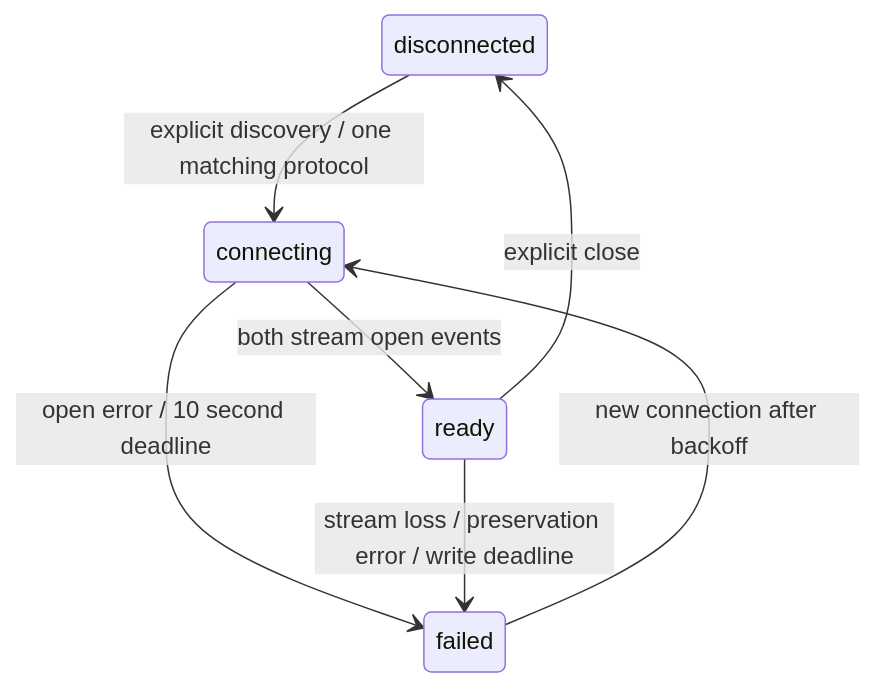
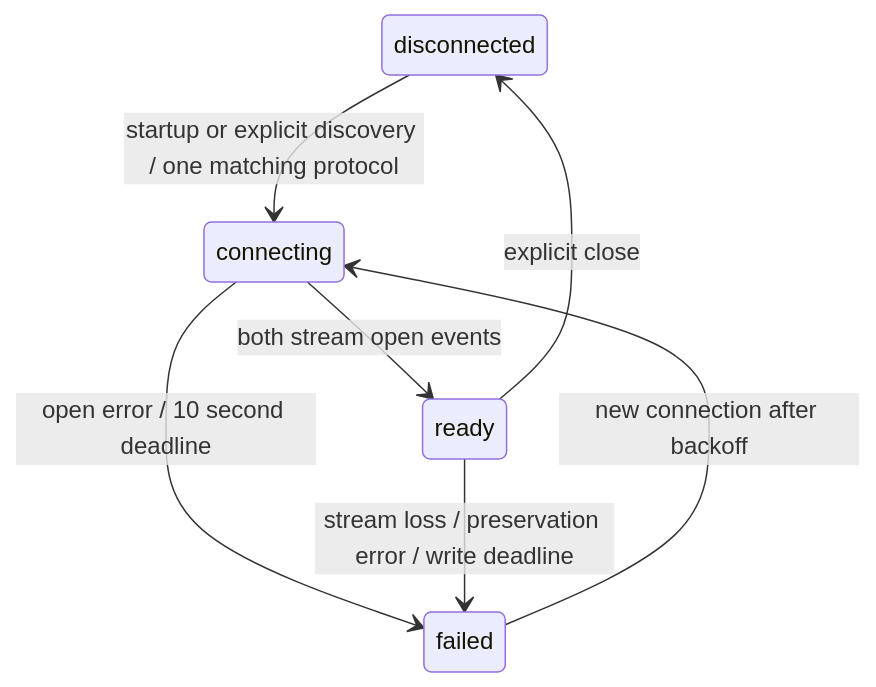
One commit to KaleTEvans/VehicleFlightRecorder changed the diagram in docs/MILESTONE_5.md. Above: the diagram before and after it, drawn with Mermaid. The commit also changed other lines of this file and 2 other files, not shown here.

````diff
--- a/docs/MILESTONE_5.md
+++ b/docs/MILESTONE_5.md
@@ -16,9 +16,9 @@
 ```mermaid
 stateDiagram-v2
-  disconnected --> connecting: explicit discovery / one matching protocol
+  disconnected --> connecting: startup or explicit discovery / one matching protocol
   connecting --> ready: both stream open events
   connecting --> failed: open error / 10 second deadline
   ready --> failed: stream loss / preservation error / write deadline
   ready --> disconnected: explicit close
   failed --> connecting: new connection after backoff
 ```
````
